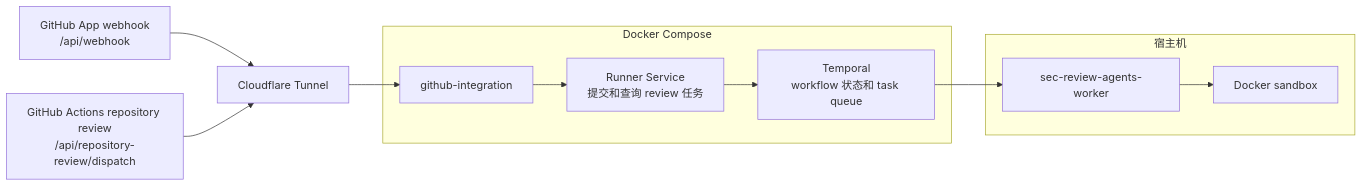
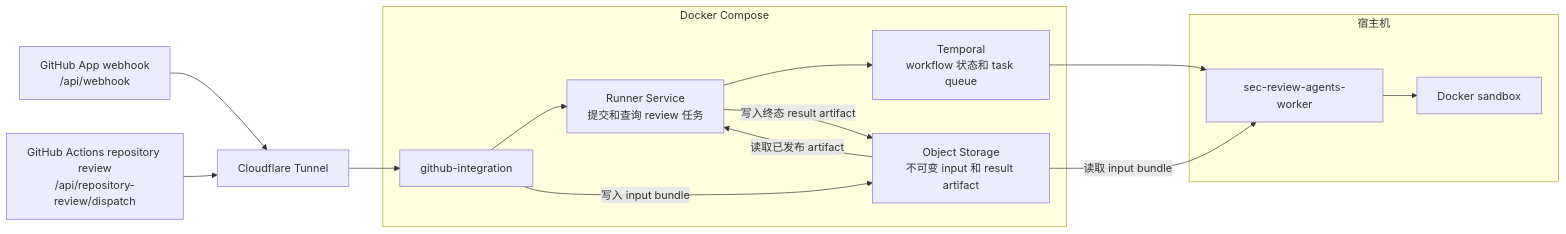
The diagram in docs/operations/LOCAL_INTEGRATED_DEPLOYMENT.zh.md (Agent-AI-Chalmers/sec-review-bot), drawn with Mermaid before and after one commit. The commit also changed other lines of this file and 159 other files, not shown here.

First line of the commit message:
feat: move review artifacts to object storage (#78)

````diff
--- a/docs/operations/LOCAL_INTEGRATED_DEPLOYMENT.zh.md
+++ b/docs/operations/LOCAL_INTEGRATED_DEPLOYMENT.zh.md
@@ -13,17 +13,21 @@
 ```mermaid
 flowchart LR
     webhook["GitHub App webhook<br/>/api/webhook"] --> tunnel["Cloudflare Tunnel"]
     dispatch["GitHub Actions repository review<br/>/api/repository-review/dispatch"] --> tunnel
 
     subgraph compose["Docker Compose"]
         integration["github-integration"] --> runner["Runner Service<br/>提交和查询 review 任务"]
         runner --> temporal["Temporal<br/>workflow 状态和 task queue"]
+        integration -->|写入 input bundle| storage["Object Storage<br/>不可变 input 和 result artifact"]
+        runner -->|写入终态 result artifact| storage
     end
 
     subgraph host["宿主机"]
         worker["sec-review-agents-worker"] --> sandbox["Docker sandbox"]
     end
 
     tunnel --> integration
     temporal --> worker
+    storage -->|读取 input bundle| worker
+    storage -->|读取已发布 artifact| runner
 ```
````
